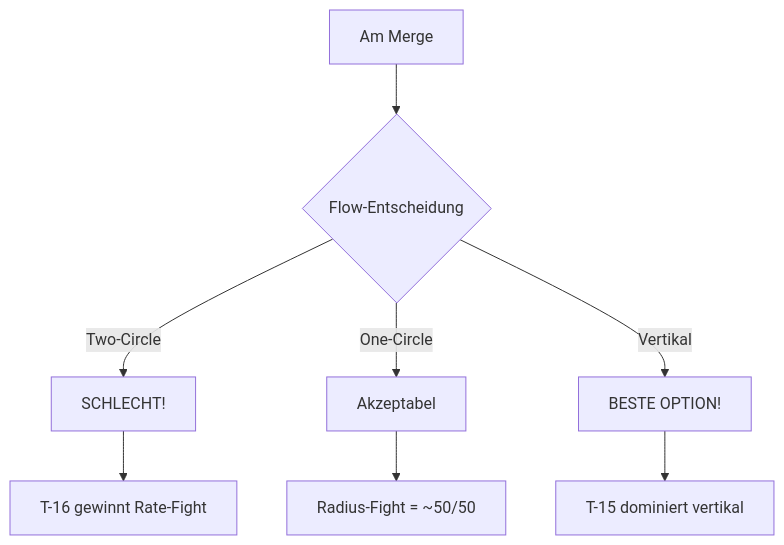
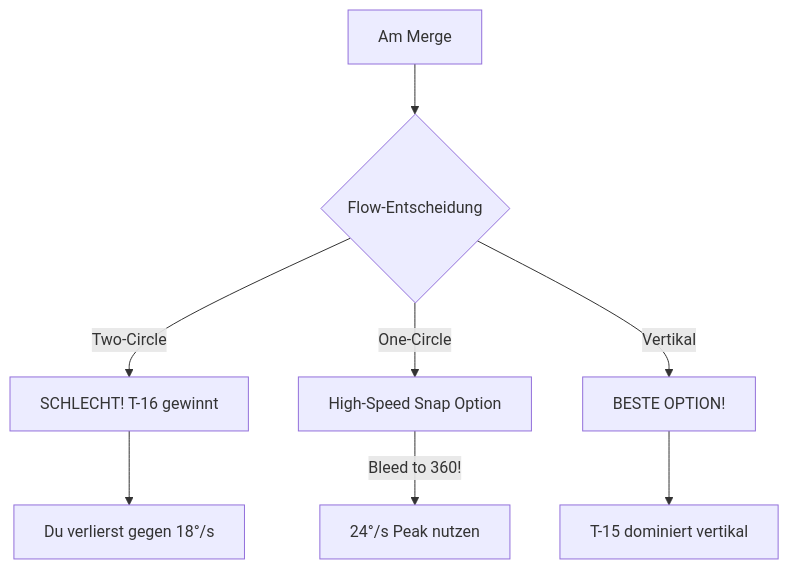
Before and after one commit to lukaio3D/VFM_Wiki: the second of 5 diagrams in docs/taktiken/t15/vs-t16.md, drawn with Mermaid. The commit also changed other lines of this file and 13 other files, not shown here.

````diff
--- a/docs/taktiken/t15/vs-t16.md
+++ b/docs/taktiken/t15/vs-t16.md
@@ -53,12 +53,12 @@
 ```mermaid
 flowchart TD
     MERGE[Am Merge] --> CHOICE{Flow-Entscheidung}
 
-    CHOICE -->|Two-Circle| BAD[SCHLECHT!]
-    CHOICE -->|One-Circle| OK[Akzeptabel]
+    CHOICE -->|Two-Circle| BAD[SCHLECHT! T-16 gewinnt]
+    CHOICE -->|One-Circle| SNAP[High-Speed Snap Option]
     CHOICE -->|Vertikal| BEST[BESTE OPTION!]
 
-    BAD --> LOSE[T-16 gewinnt Rate-Fight]
-    OK --> EQUAL[Radius-Fight = ~50/50]
+    BAD --> LOSE[Du verlierst gegen 18°/s]
+    SNAP --> |"Bleed to 360!"| CHANCE[24°/s Peak nutzen]
     BEST --> ADVANTAGE[T-15 dominiert vertikal]
 ```
````
